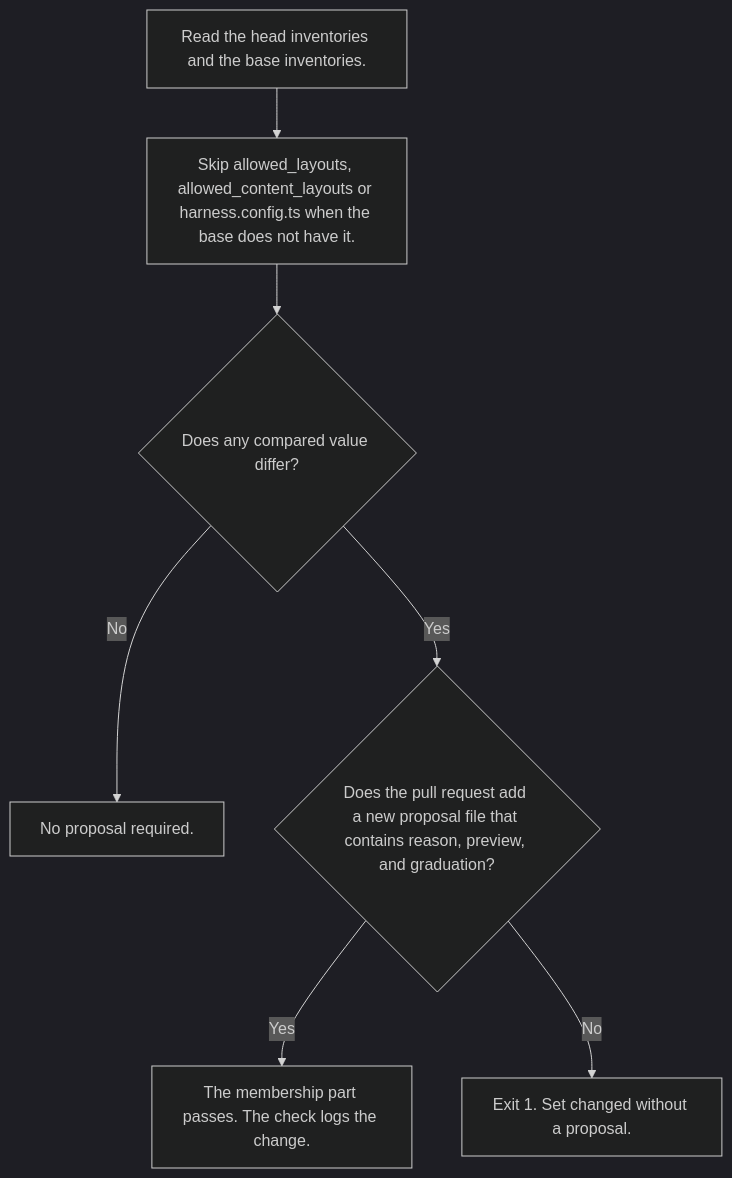
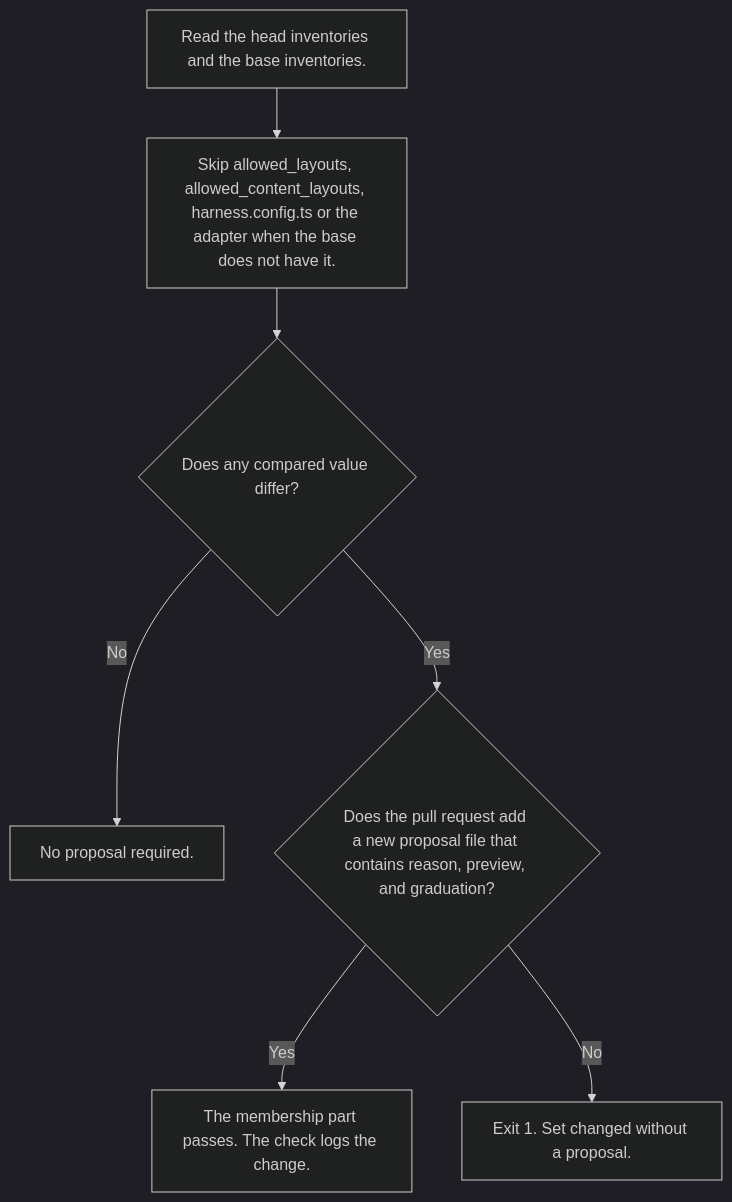
The ninth of 11 diagrams in docs/how-it-works.md (tounsoo/agent-design-loop), drawn with Mermaid (dark theme) before and after one commit. The commit also changed other lines of this file and 25 other files, not shown here.

````diff
--- a/docs/how-it-works.md
+++ b/docs/how-it-works.md
@@ -302,15 +304,15 @@
 ```mermaid
 flowchart TB
   read["Read the head inventories and the base inventories."]
-  skip["Skip allowed_layouts, allowed_content_layouts or harness.config.ts when the base does not have it."]
+  skip["Skip allowed_layouts, allowed_content_layouts, harness.config.ts or the adapter when the base does not have it."]
   diff{"Does any compared value differ?"}
   ok["No proposal required."]
   words{"Does the pull request add a new proposal file that contains reason, preview, and graduation?"}
   accepted["The membership part passes. The check logs the change."]
   rejected["Exit 1. Set changed without a proposal."]
   read --> skip --> diff
   diff -->|No| ok
   diff -->|Yes| words
   words -->|Yes| accepted
   words -->|No| rejected
 ```
````
